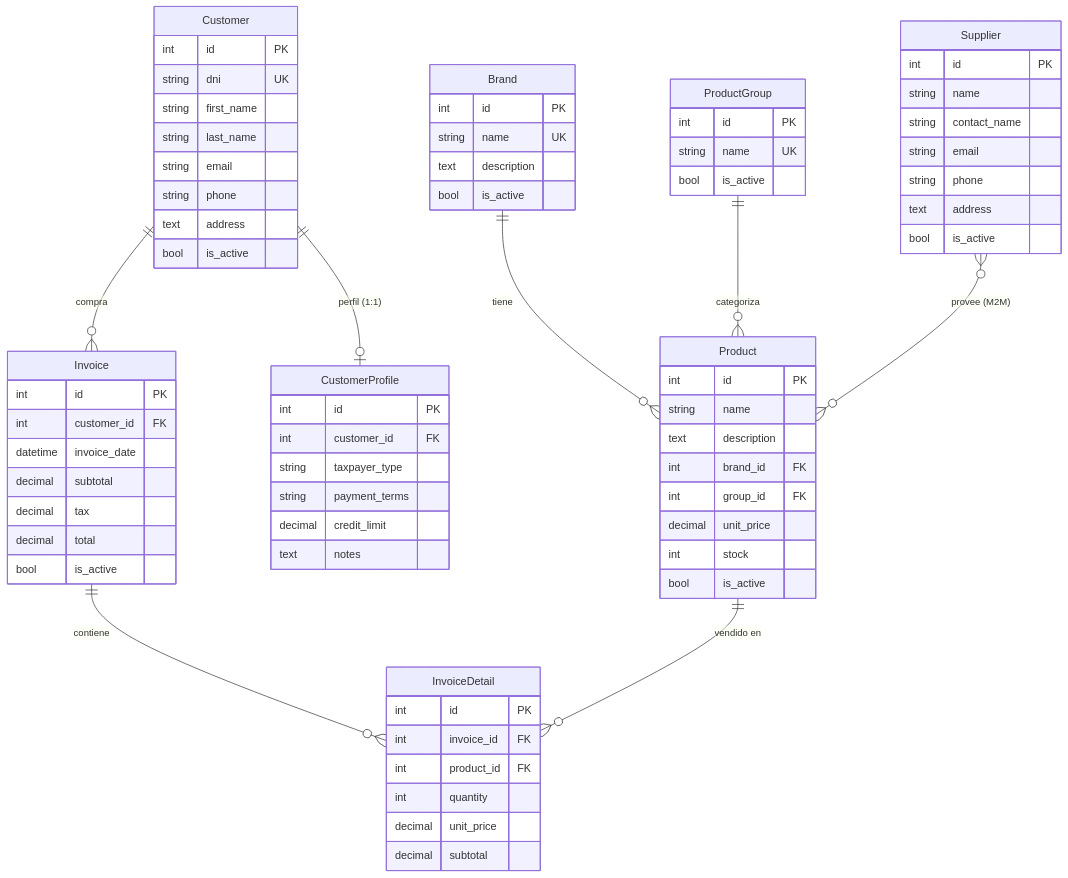
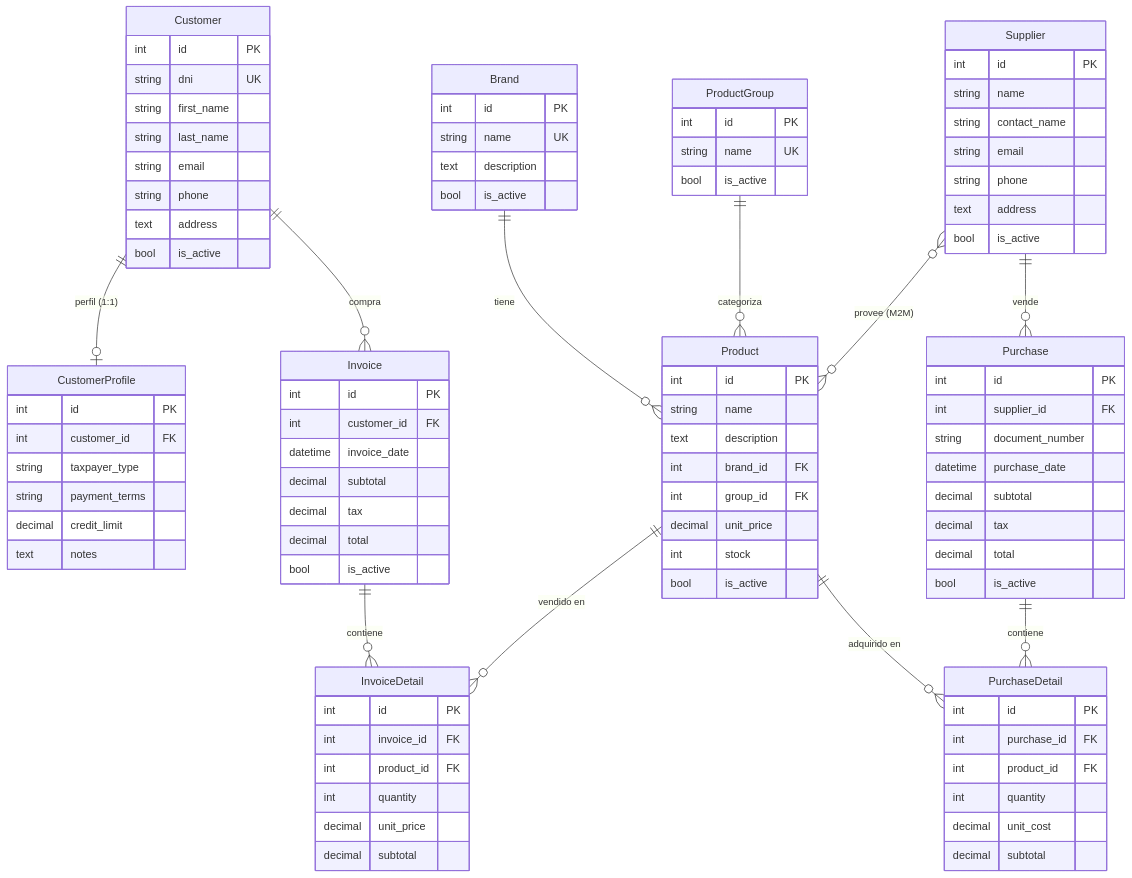
One commit to CamiloR2109/Sales_A2 changed the diagram in README.md. Above: the diagram before and after it, drawn with Mermaid. The commit also changed other lines of this file and 9 other files, not shown here.

````diff
--- a/README.md
+++ b/README.md
@@ -79,6 +83,9 @@
     Customer ||--o{ Invoice : "compra"
     Invoice ||--o{ InvoiceDetail : "contiene"
     Product ||--o{ InvoiceDetail : "vendido en"
+    Supplier ||--o{ Purchase : "vende"
+    Purchase ||--o{ PurchaseDetail : "contiene"
+    Product ||--o{ PurchaseDetail : "adquirido en"
 
     Brand {
         int id PK
@@ -152,4 +159,24 @@
         decimal unit_price
         decimal subtotal
     }
+
+    Purchase {
+        int id PK
+        int supplier_id FK
+        string document_number
+        datetime purchase_date
+        decimal subtotal
+        decimal tax
+        decimal total
+        bool is_active
+    }
+
+    PurchaseDetail {
+        int id PK
+        int purchase_id FK
+        int product_id FK
+        int quantity
+        decimal unit_cost
+        decimal subtotal
+    }
 ```
````
